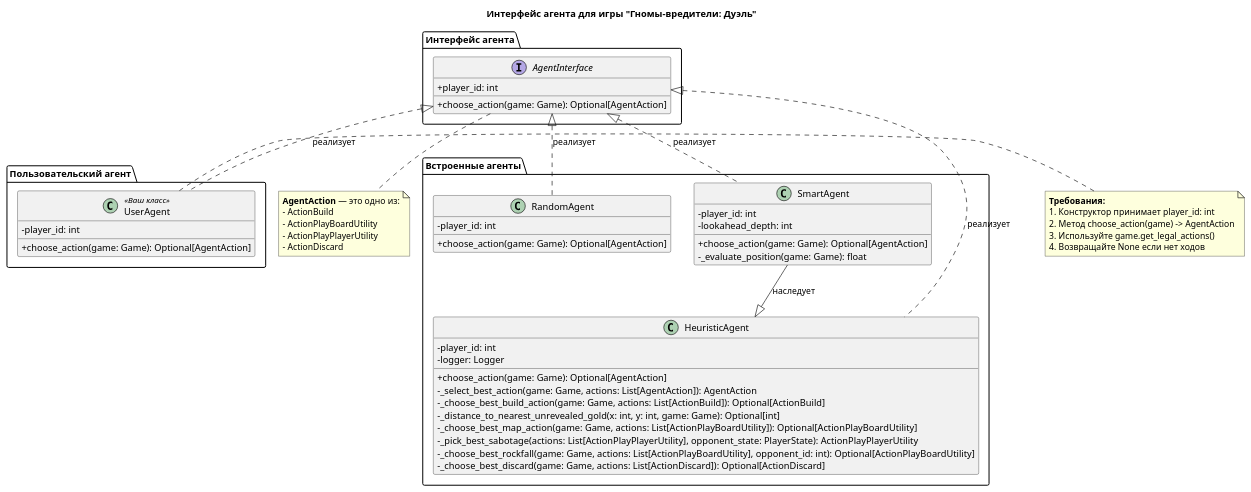
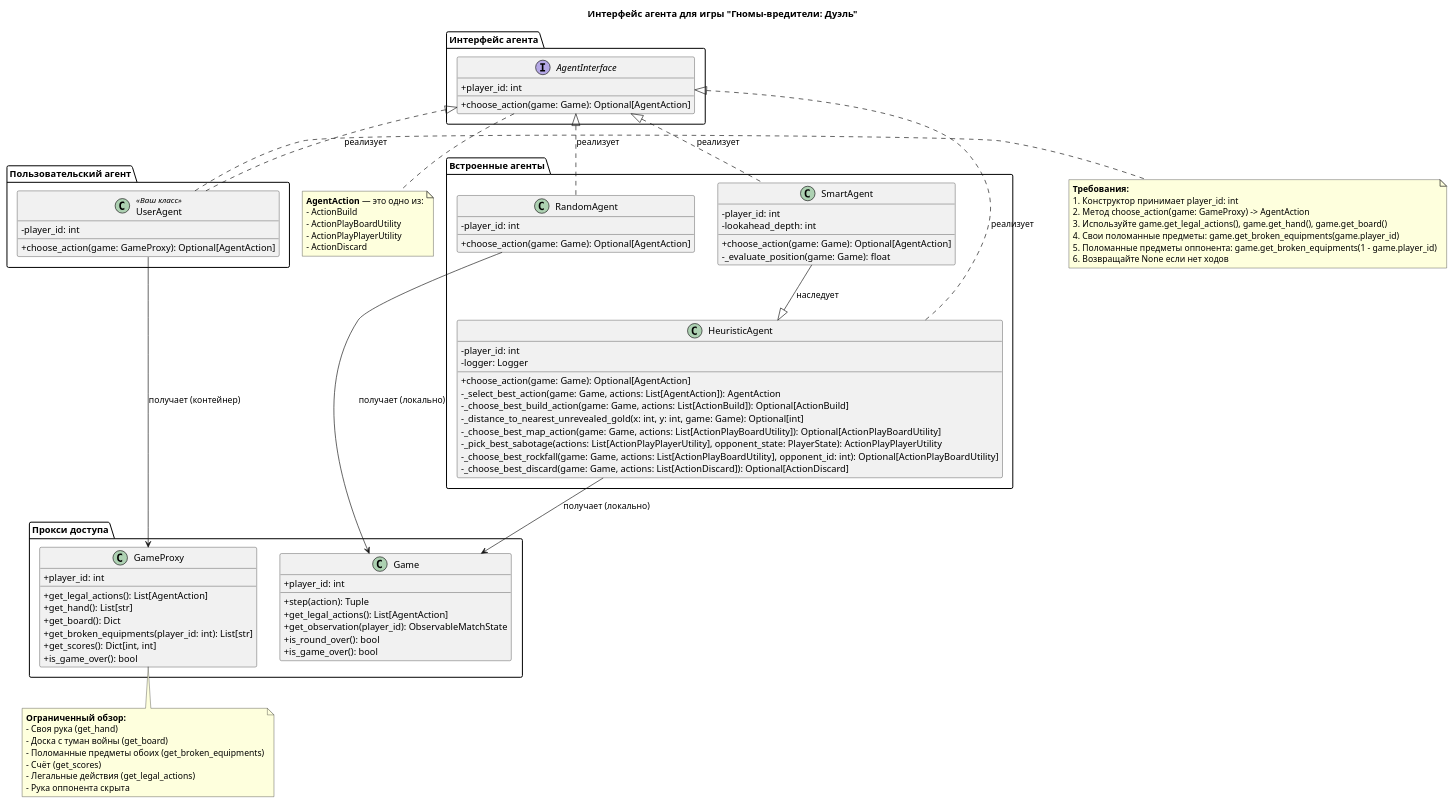
The diagram in src/docs/agent_interface.puml (Mouser5/Test3), drawn with PlantUML before and after one commit. The commit also changed 7 other files, not shown here.

```diff
--- a/src/docs/agent_interface.puml
+++ b/src/docs/agent_interface.puml
@@ -1,73 +1,110 @@
 @startuml agent_interface
 
 skinparam classAttributeIconSize 0
 skinparam monochrome false
 skinparam shadowing false
 
 title Интерфейс агента для игры "Гномы-вредители: Дуэль"
 
 package "Интерфейс агента" {
     interface AgentInterface {
         + player_id: int
         + choose_action(game: Game): Optional[AgentAction]
     }
 }
 
 package "Встроенные агенты" {
     class RandomAgent {
         - player_id: int
         + choose_action(game: Game): Optional[AgentAction]
     }
     
     class HeuristicAgent {
         - player_id: int
         - logger: Logger
         + choose_action(game: Game): Optional[AgentAction]
         - _select_best_action(game: Game, actions: List[AgentAction]): AgentAction
         - _choose_best_build_action(game: Game, actions: List[ActionBuild]): Optional[ActionBuild]
         - _distance_to_nearest_unrevealed_gold(x: int, y: int, game: Game): Optional[int]
         - _choose_best_map_action(game: Game, actions: List[ActionPlayBoardUtility]): Optional[ActionPlayBoardUtility]
         - _pick_best_sabotage(actions: List[ActionPlayPlayerUtility], opponent_state: PlayerState): ActionPlayPlayerUtility
         - _choose_best_rockfall(game: Game, actions: List[ActionPlayBoardUtility], opponent_id: int): Optional[ActionPlayBoardUtility]
         - _choose_best_discard(game: Game, actions: List[ActionDiscard]): Optional[ActionDiscard]
     }
     
     class SmartAgent {
         - player_id: int
         - lookahead_depth: int
         + choose_action(game: Game): Optional[AgentAction]
         - _evaluate_position(game: Game): float
     }
 }
 
 package "Пользовательский агент" {
     class UserAgent <<Ваш класс>> {
         - player_id: int
-        + choose_action(game: Game): Optional[AgentAction]
+        + choose_action(game: GameProxy): Optional[AgentAction]
+    }
+}
+
+package "Прокси доступа" {
+    class GameProxy {
+        + player_id: int
+        + get_legal_actions(): List[AgentAction]
+        + get_hand(): List[str]
+        + get_board(): Dict
+        + get_broken_equipments(player_id: int): List[str]
+        + get_scores(): Dict[int, int]
+        + is_game_over(): bool
+    }
+
+    class Game {
+        + player_id: int
+        + step(action): Tuple
+        + get_legal_actions(): List[AgentAction]
+        + get_observation(player_id): ObservableMatchState
+        + is_round_over(): bool
+        + is_game_over(): bool
     }
 }
 
 AgentInterface <|.. RandomAgent : реализует
 AgentInterface <|.. HeuristicAgent : реализует
 AgentInterface <|.. SmartAgent : реализует
 AgentInterface <|.. UserAgent : реализует
 
 SmartAgent --|> HeuristicAgent : наследует
 
+UserAgent --> GameProxy : получает (контейнер)
+RandomAgent --> Game : получает (локально)
+HeuristicAgent --> Game : получает (локально)
+
 note right of UserAgent
   **Требования:**
   1. Конструктор принимает player_id: int
-  2. Метод choose_action(game) -> AgentAction
-  3. Используйте game.get_legal_actions()
-  4. Возвращайте None если нет ходов
+  2. Метод choose_action(game: GameProxy) -> AgentAction
+  3. Используйте game.get_legal_actions(), game.get_hand(), game.get_board()
+  4. Свои поломанные предметы: game.get_broken_equipments(game.player_id)
+  5. Поломанные предметы оппонента: game.get_broken_equipments(1 - game.player_id)
+  6. Возвращайте None если нет ходов
 end note
 
 note bottom of AgentInterface
   **AgentAction** — это одно из:
   - ActionBuild
   - ActionPlayBoardUtility
   - ActionPlayPlayerUtility
   - ActionDiscard
 end note
 
+note bottom of GameProxy
+  **Ограниченный обзор:**
+  - Своя рука (get_hand)
+  - Доска с туман войны (get_board)
+  - Поломанные предметы обоих (get_broken_equipments)
+  - Счёт (get_scores)
+  - Легальные действия (get_legal_actions)
+  - Рука оппонента скрыта
+end note
+
 @enduml
```
